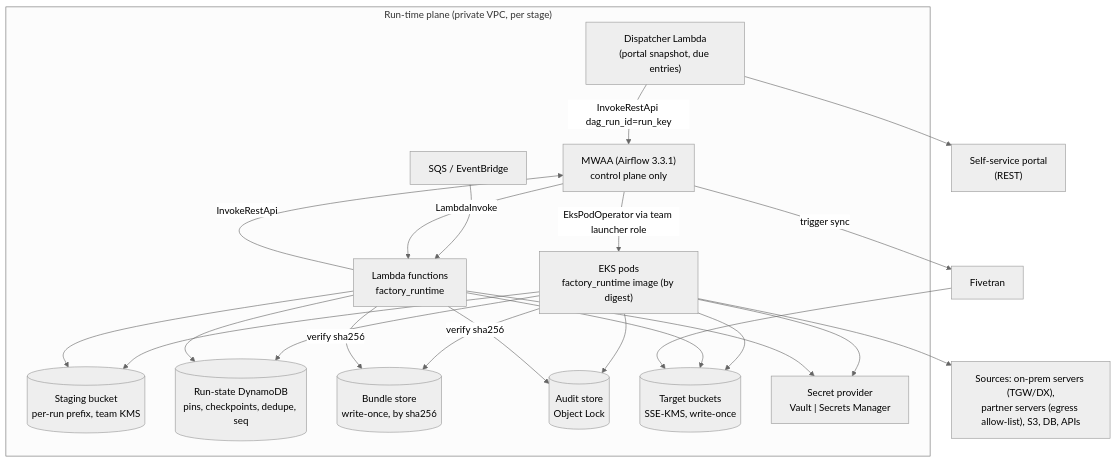
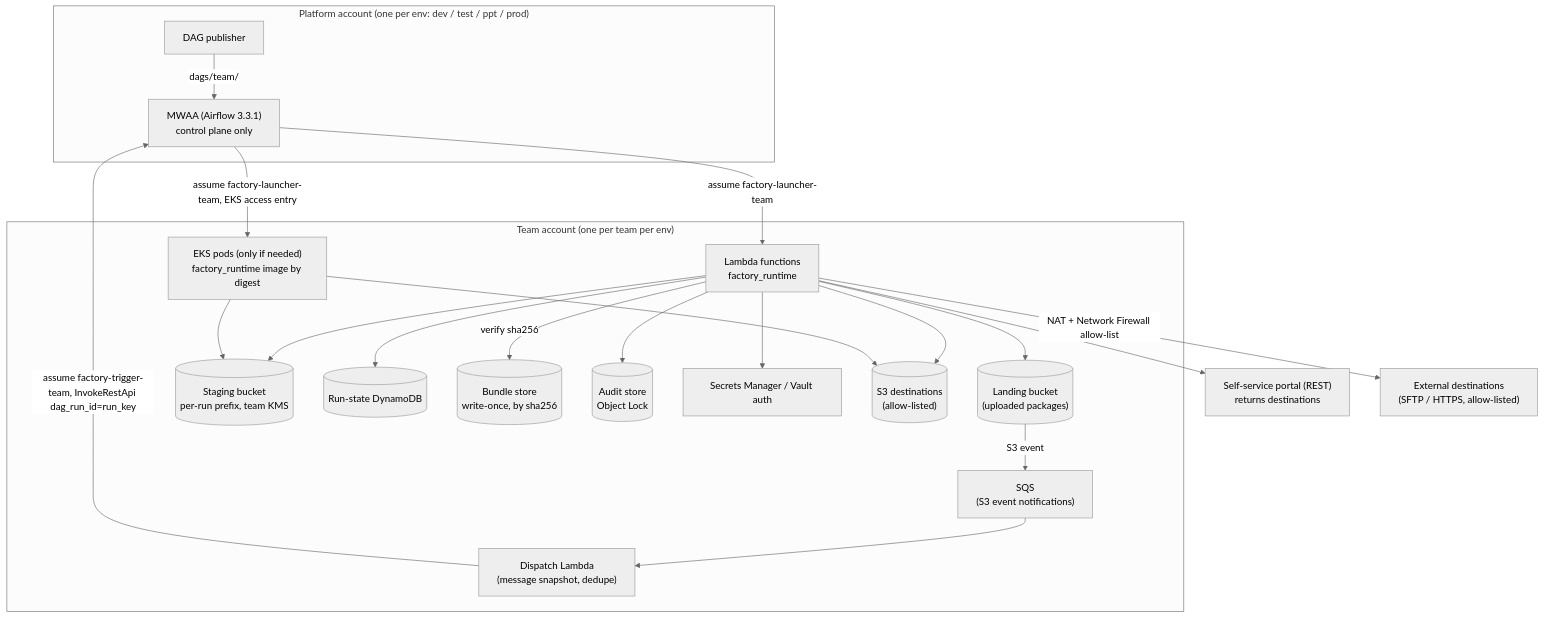
One commit to jsandy16/aisdlc-fivetran-factory-gerter changed the second of 2 diagrams in docs/architecture/00-overview.md. Above: the diagram before and after it, drawn with Mermaid (neutral theme). The commit also changed other lines of this file and 41 other files, not shown here.

````diff
--- a/docs/architecture/00-overview.md
+++ b/docs/architecture/00-overview.md
@@ -42,40 +48,38 @@
 ```mermaid
 flowchart TB
-  subgraph RT["Run-time plane (private VPC, per stage)"]
-    DISP["Dispatcher Lambda<br/>(portal snapshot, due entries)"]
+  subgraph PA["Platform account (one per env: dev / test / ppt / prod)"]
     MWAA["MWAA (Airflow 3.3.1)<br/>control plane only"]
-    EKS["EKS pods<br/>factory_runtime image (by digest)"]
+    PUB["DAG publisher"]
+  end
+  subgraph TA["Team account (one per team per env)"]
+    SQS["SQS<br/>(S3 event notifications)"]
+    DISP["Dispatch Lambda<br/>(message snapshot, dedupe)"]
     LAM["Lambda functions<br/>factory_runtime"]
-    SQS["SQS / EventBridge"]
+    EKS["EKS pods (only if needed)<br/>factory_runtime image by digest"]
+    SRC[("Landing bucket<br/>(uploaded packages)")]
     STG[("Staging bucket<br/>per-run prefix, team KMS")]
-    RS[("Run-state DynamoDB<br/>pins, checkpoints, dedupe, seq")]
+    RS[("Run-state DynamoDB")]
     BUN[("Bundle store<br/>write-once, by sha256")]
     AUD[("Audit store<br/>Object Lock")]
-    TGT[("Target buckets<br/>SSE-KMS, write-once")]
-    SEC["Secret provider<br/>Vault | Secrets Manager"]
+    SEC["Secrets Manager / Vault auth"]
+    TGT[("S3 destinations<br/>(allow-listed)")]
   end
-  PORTAL["Self-service portal<br/>(REST)"]
-  SRC["Sources: on-prem servers (TGW/DX),<br/>partner servers (egress allow-list), S3, DB, APIs"]
-  FT["Fivetran"]
-  SQS --> LAM
-  DISP --> PORTAL
-  DISP -->|InvokeRestApi dag_run_id=run_key| MWAA
-  LAM -->|InvokeRestApi| MWAA
-  MWAA -->|EksPodOperator via team launcher role| EKS
-  MWAA -->|LambdaInvoke| LAM
-  MWAA -->|trigger sync| FT
-  EKS --> SRC
+  PORTAL["Self-service portal (REST)<br/>returns destinations"]
+  EXT["External destinations<br/>(SFTP / HTTPS, allow-listed)"]
+  SRC -->|S3 event| SQS --> DISP
+  DISP -->|assume factory-trigger-team, InvokeRestApi dag_run_id=run_key| MWAA
+  PUB -->|dags/team/| MWAA
+  MWAA -->|assume factory-launcher-team| LAM
+  MWAA -->|assume factory-launcher-team, EKS access entry| EKS
+  LAM --> PORTAL
+  LAM --> SRC
+  LAM --> STG
+  LAM --> RS
+  LAM -->|verify sha256| BUN
+  LAM --> SEC
+  LAM --> AUD
+  LAM --> TGT
+  LAM -->|NAT + Network Firewall allow-list| EXT
   EKS --> STG
   EKS --> TGT
-  LAM --> STG
-  LAM --> TGT
-  EKS --> SEC
-  LAM --> SEC
-  EKS --> RS
-  LAM --> RS
-  EKS -->|verify sha256| BUN
-  LAM -->|verify sha256| BUN
-  EKS --> AUD
-  LAM --> AUD
-  FT --> TGT
 ```
````
